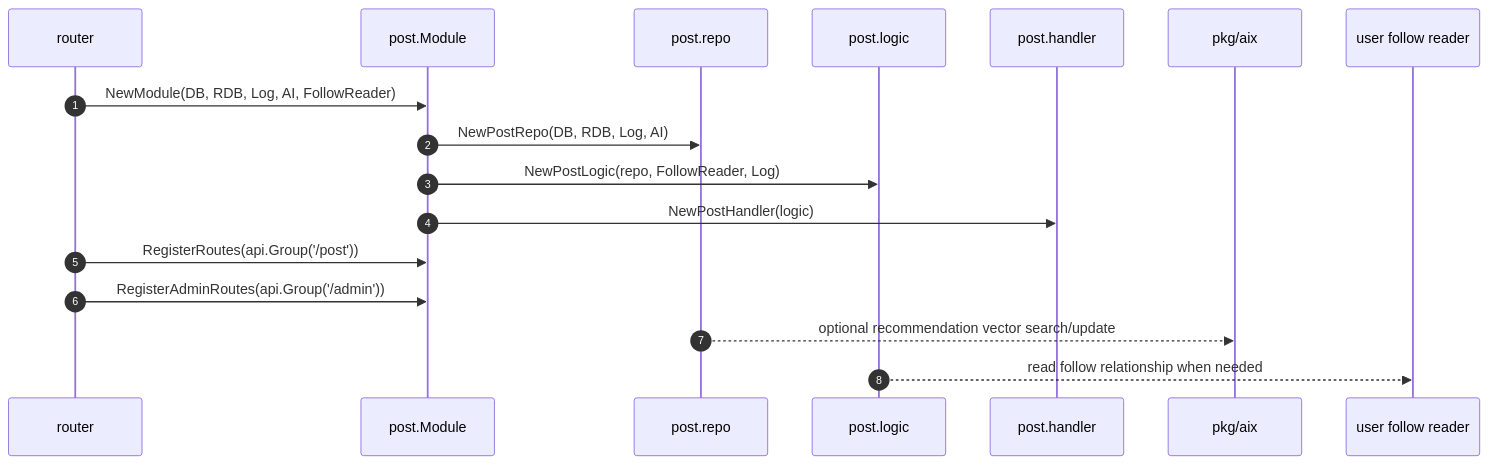
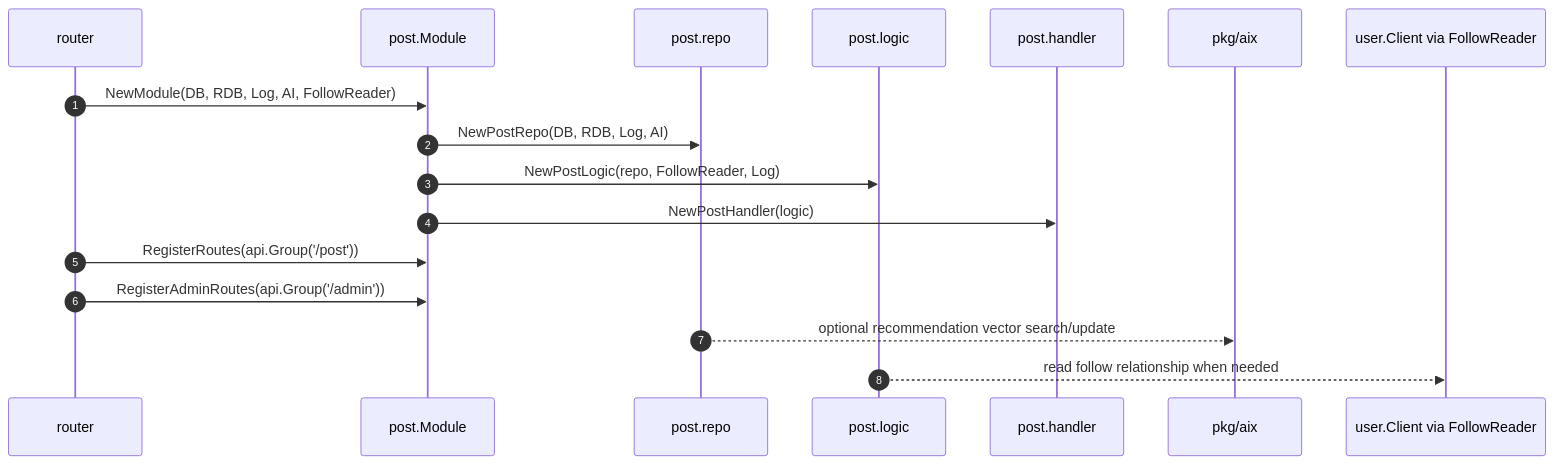
One commit to Goblin-Master/nurture changed the first of 4 diagrams in internal/post/doc/README.md. Above: the diagram before and after it, drawn with Mermaid. The commit also changed other lines of this file and 14 other files, not shown here.

````diff
--- a/internal/post/doc/README.md
+++ b/internal/post/doc/README.md
@@ -7,20 +7,20 @@
 ```mermaid
 sequenceDiagram
   autonumber
   participant Router as router
   participant Module as post.Module
   participant Repo as post.repo
   participant Logic as post.logic
   participant Handler as post.handler
   participant AIX as pkg/aix
-  participant User as user follow reader
+  participant User as user.Client via FollowReader
 
   Router->>Module: NewModule(DB, RDB, Log, AI, FollowReader)
   Module->>Repo: NewPostRepo(DB, RDB, Log, AI)
   Module->>Logic: NewPostLogic(repo, FollowReader, Log)
   Module->>Handler: NewPostHandler(logic)
   Router->>Module: RegisterRoutes(api.Group('/post'))
   Router->>Module: RegisterAdminRoutes(api.Group('/admin'))
   Repo-->>AIX: optional recommendation vector search/update
   Logic-->>User: read follow relationship when needed
 ```
````
